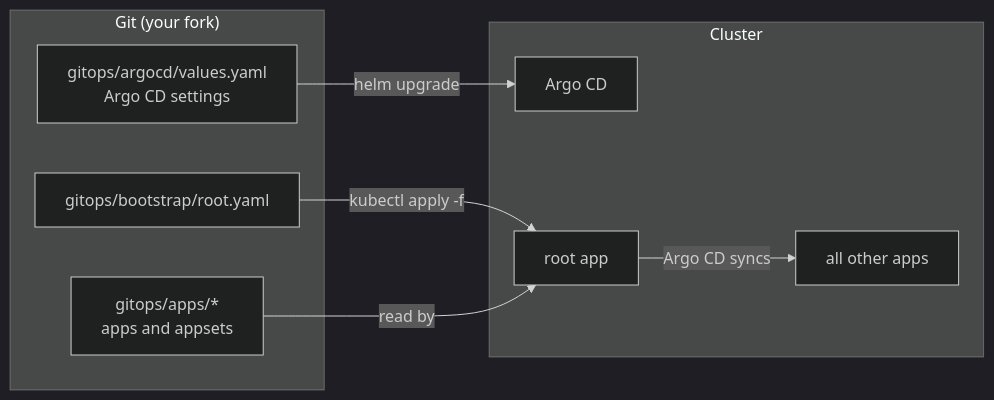
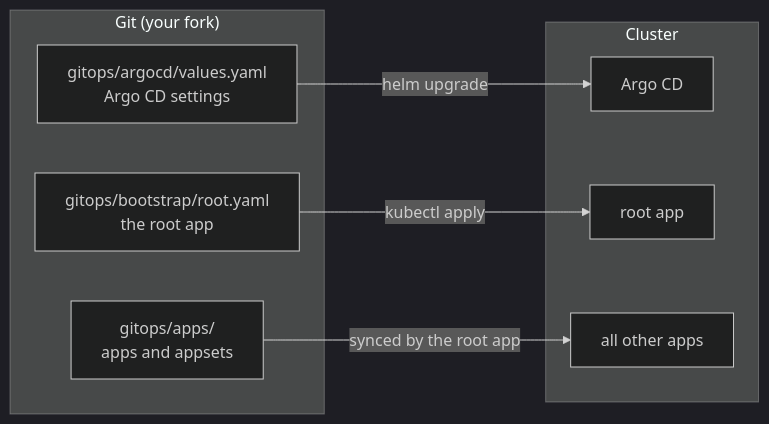
One commit to andel7/kubecon-na-2026-most-boring-talk changed the diagram in argo-cd-disaster-recovery-workshop/README.md. Above: the diagram before and after it, drawn with Mermaid (dark theme).

Commit message:
improve mermaid chart

````diff
--- a/argo-cd-disaster-recovery-workshop/README.md
+++ b/argo-cd-disaster-recovery-workshop/README.md
@@ -54,18 +54,16 @@
 ```mermaid
 flowchart LR
   subgraph Git["Git (your fork)"]
-    A[gitops/argocd/values.yaml<br/>Argo CD settings]
-    B[gitops/bootstrap/root.yaml]
-    C[gitops/apps/*<br/>apps and appsets]
+    A["gitops/argocd/values.yaml<br/>Argo CD settings"]
+    B["gitops/bootstrap/root.yaml<br/>the root app"]
+    C["gitops/apps/<br/>apps and appsets"]
   end
   subgraph Cluster["Cluster"]
-    D[Argo CD]
-    E[root app]
-    F[all other apps]
+    D["Argo CD"]
+    E["root app"]
+    F["all other apps"]
   end
   A -- "helm upgrade" --> D
-  B -- "kubectl apply -f" --> E
-  C -- "read by" --> E
-  E -- "Argo CD syncs" --> F
-
+  B -- "kubectl apply" --> E
+  C -- "synced by the root app" --> F
 ```
````
